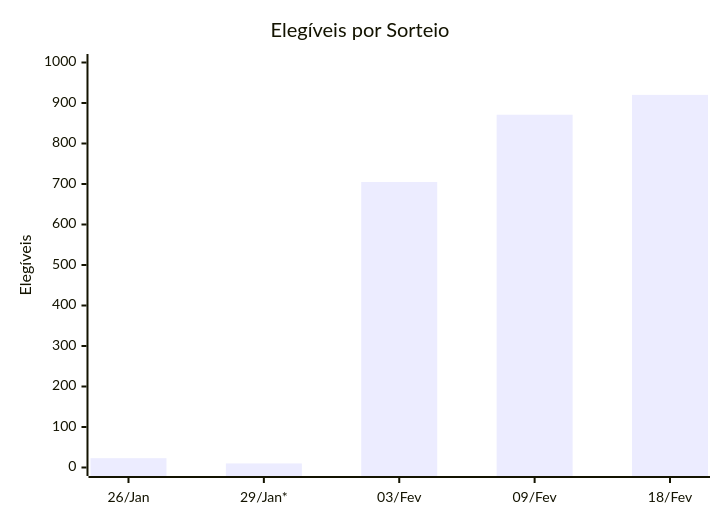
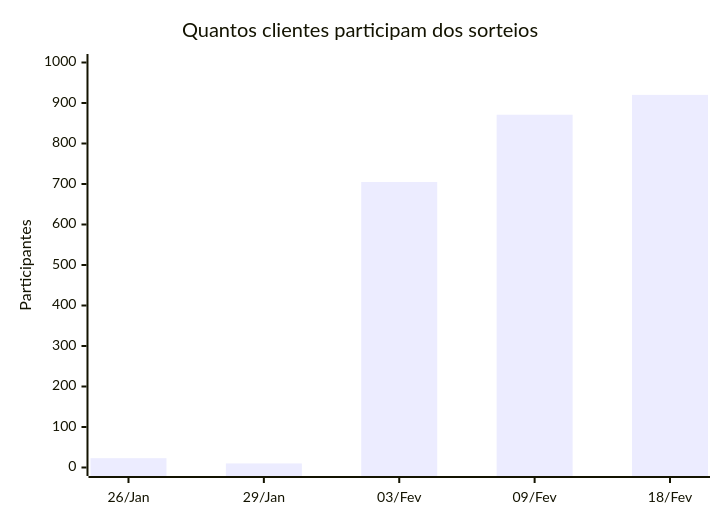
One commit to Clovisposto/vite-canvas-joy changed the sixth of 6 diagrams in DASHBOARD_SAUDE.md. Above: the diagram before and after it, drawn with Mermaid. The commit also changed other lines of this file, not shown here.

````diff
--- a/DASHBOARD_SAUDE.md
+++ b/DASHBOARD_SAUDE.md
@@ -126,7 +130,7 @@
 ```mermaid
 xychart-beta
-    title "Elegíveis por Sorteio"
-    x-axis ["26/Jan", "29/Jan*", "03/Fev", "09/Fev", "18/Fev"]
-    y-axis "Elegíveis" 0 --> 1000
+    title "Quantos clientes participam dos sorteios"
+    x-axis ["26/Jan", "29/Jan", "03/Fev", "09/Fev", "18/Fev"]
+    y-axis "Participantes" 0 --> 1000
     bar [23, 10, 705, 871, 920]
 ```
````
